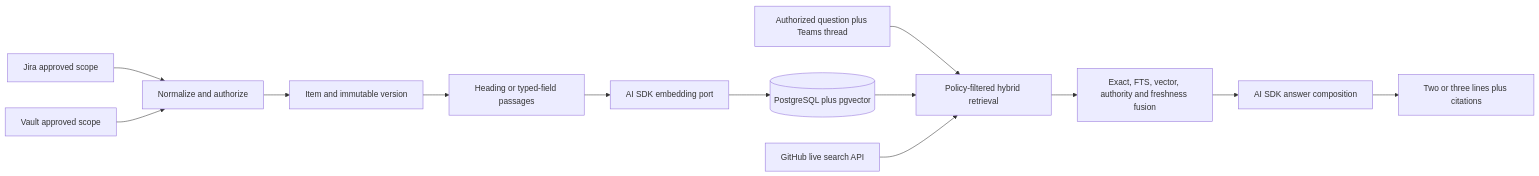
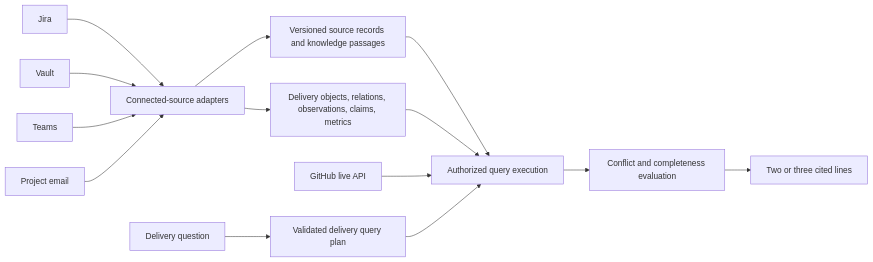
The diagram in specs/005-knowledge-layer/spec.md (PearlThoughts/Sarathi), drawn with Mermaid before and after one commit. The commit also changed other lines of this file and 8 other files, not shown here.

Commit message:
docs: redesign delivery intelligence architecture

````diff
--- a/specs/005-knowledge-layer/spec.md
+++ b/specs/005-knowledge-layer/spec.md
@@ -32,15 +37,16 @@
 ```mermaid
 flowchart LR
-  J[Jira approved scope] --> N[Normalize and authorize]
-  V[Vault approved scope] --> N
-  N --> I[Item and immutable version]
-  I --> P[Heading or typed-field passages]
-  P --> E[AI SDK embedding port]
-  E --> D[(PostgreSQL plus pgvector)]
-  Q[Authorized question plus Teams thread] --> R[Policy-filtered hybrid retrieval]
-  D --> R
-  G[GitHub live search API] --> R
-  R --> F[Exact, FTS, vector, authority and freshness fusion]
-  F --> A[AI SDK answer composition]
-  A --> C[Two or three lines plus citations]
+  J[Jira] --> C[Connected-source adapters]
+  V[Vault] --> C
+  T[Teams] --> C
+  M[Project email] --> C
+  C --> K[Versioned source records and knowledge passages]
+  C --> D[Delivery objects, relations, observations, claims, metrics]
+  K --> Q[Authorized query execution]
+  D --> Q
+  G[GitHub live API] --> Q
+  U[Delivery question] --> P[Validated delivery query plan]
+  P --> Q
+  Q --> X[Conflict and completeness evaluation]
+  X --> A[Two or three cited lines]
 ```
````
